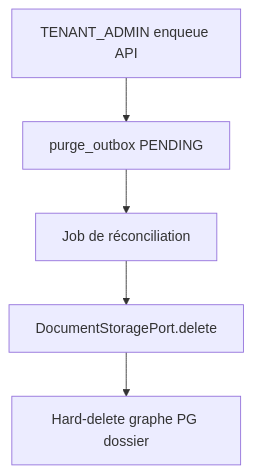
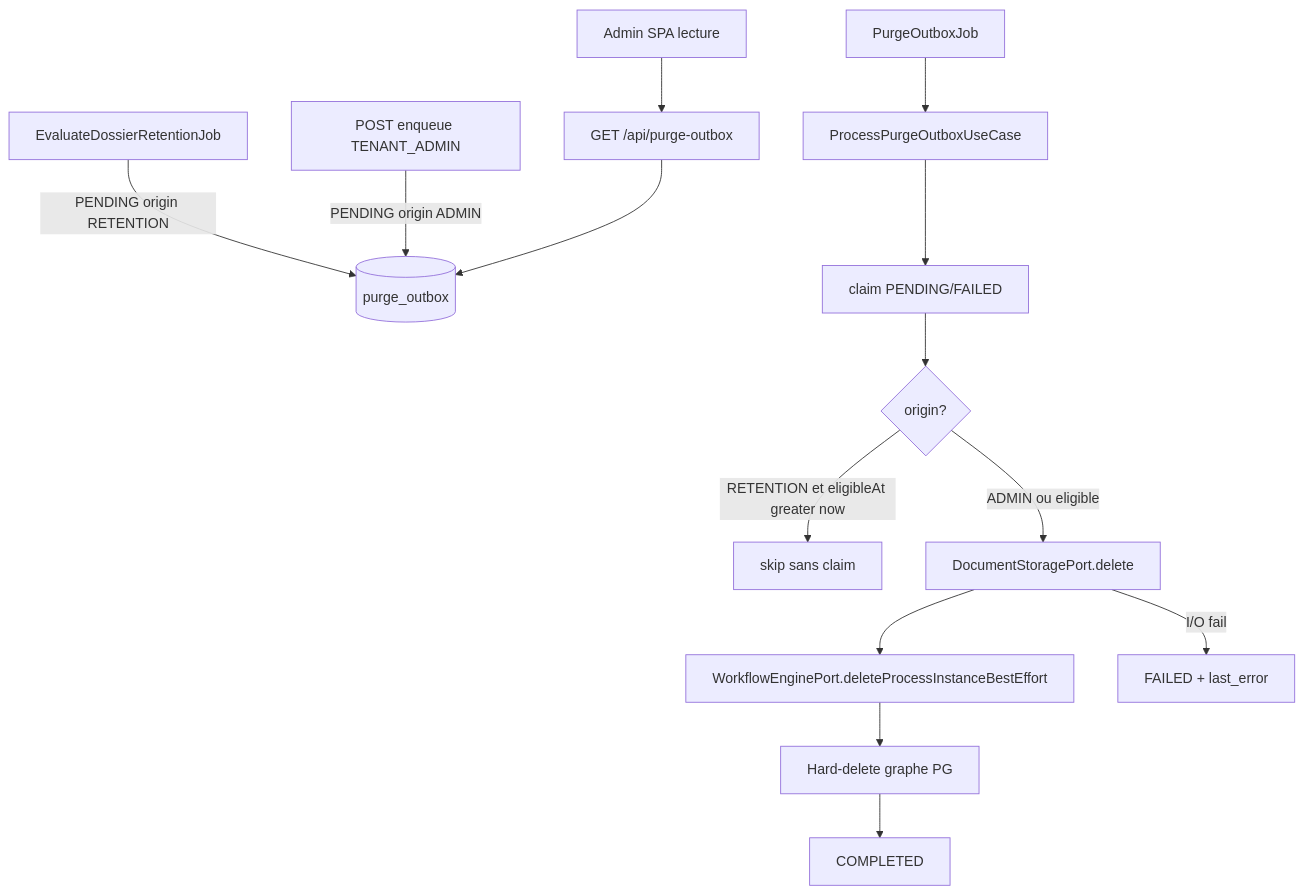
The diagram in docs/ai/design/2026-08-19-feature-purge-stockage.md (superjojo79/Myrmacta), drawn with Mermaid before and after one commit. The commit also changed other lines of this file and 3 other files, not shown here.

````diff
--- a/docs/ai/design/2026-08-19-feature-purge-stockage.md
+++ b/docs/ai/design/2026-08-19-feature-purge-stockage.md
@@ -22,7 +21,16 @@
 ```mermaid
 flowchart TD
-  admin[TENANT_ADMIN enqueue API] --> ob[purge_outbox PENDING]
-  ob --> job[Job de réconciliation]
-  job --> store[DocumentStoragePort.delete]
-  store --> pg[Hard-delete graphe PG dossier]
+  retJob[EvaluateDossierRetentionJob] -->|PENDING origin RETENTION| ob[(purge_outbox)]
+  admin[POST enqueue TENANT_ADMIN] -->|PENDING origin ADMIN| ob
+  spa[Admin SPA lecture] --> getApi[GET /api/purge-outbox]
+  getApi --> ob
+  sched[PurgeOutboxJob] --> uc[ProcessPurgeOutboxUseCase]
+  uc --> claim[claim PENDING/FAILED]
+  claim --> guard{origin?}
+  guard -->|RETENTION et eligibleAt greater now| skip[skip sans claim]
+  guard -->|ADMIN ou eligible| store[DocumentStoragePort.delete]
+  store --> wf[WorkflowEnginePort.deleteProcessInstanceBestEffort]
+  wf --> pg[Hard-delete graphe PG]
+  pg --> done[COMPLETED]
+  store -->|I/O fail| fail[FAILED + last_error]
 ```
````
